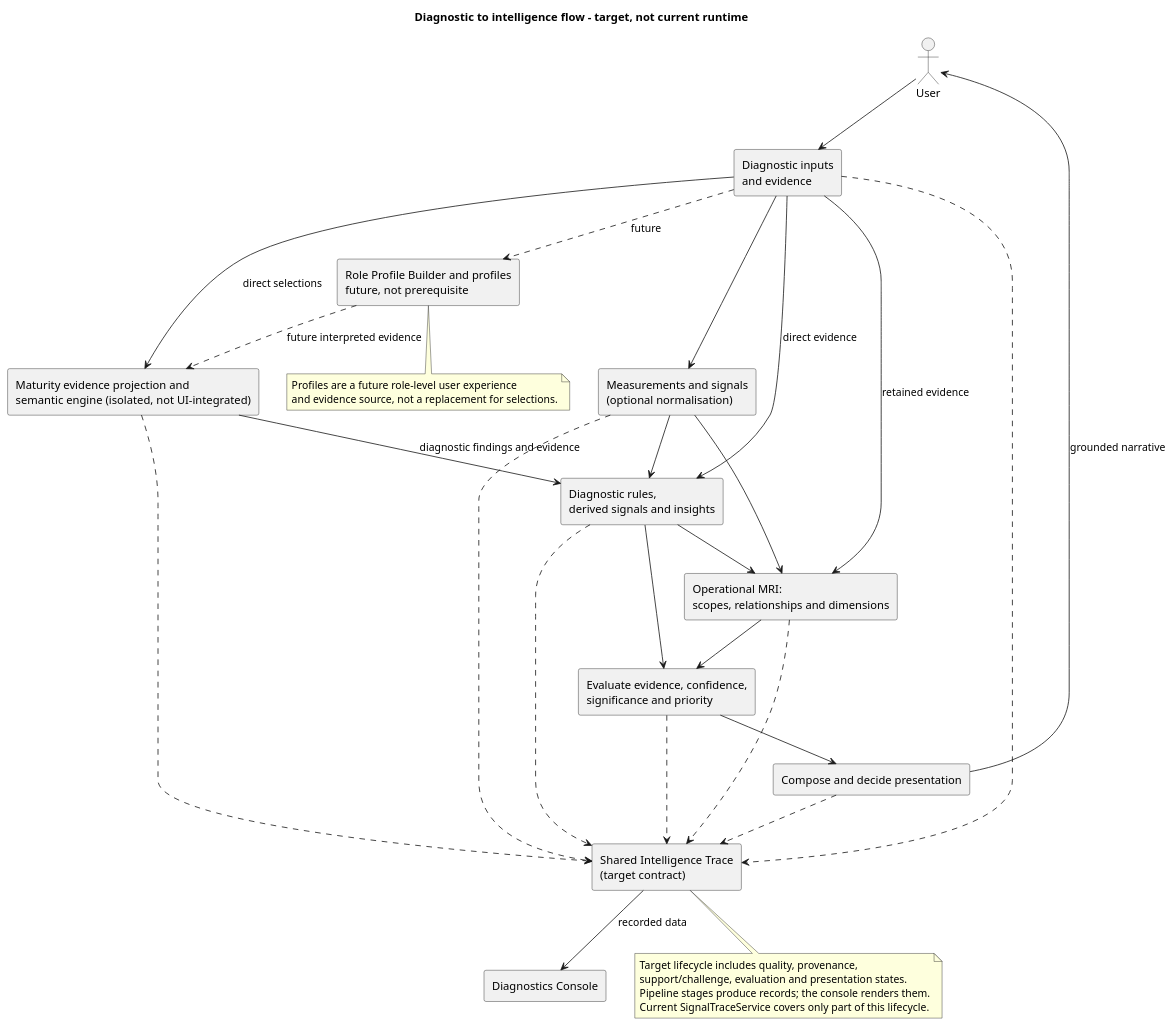
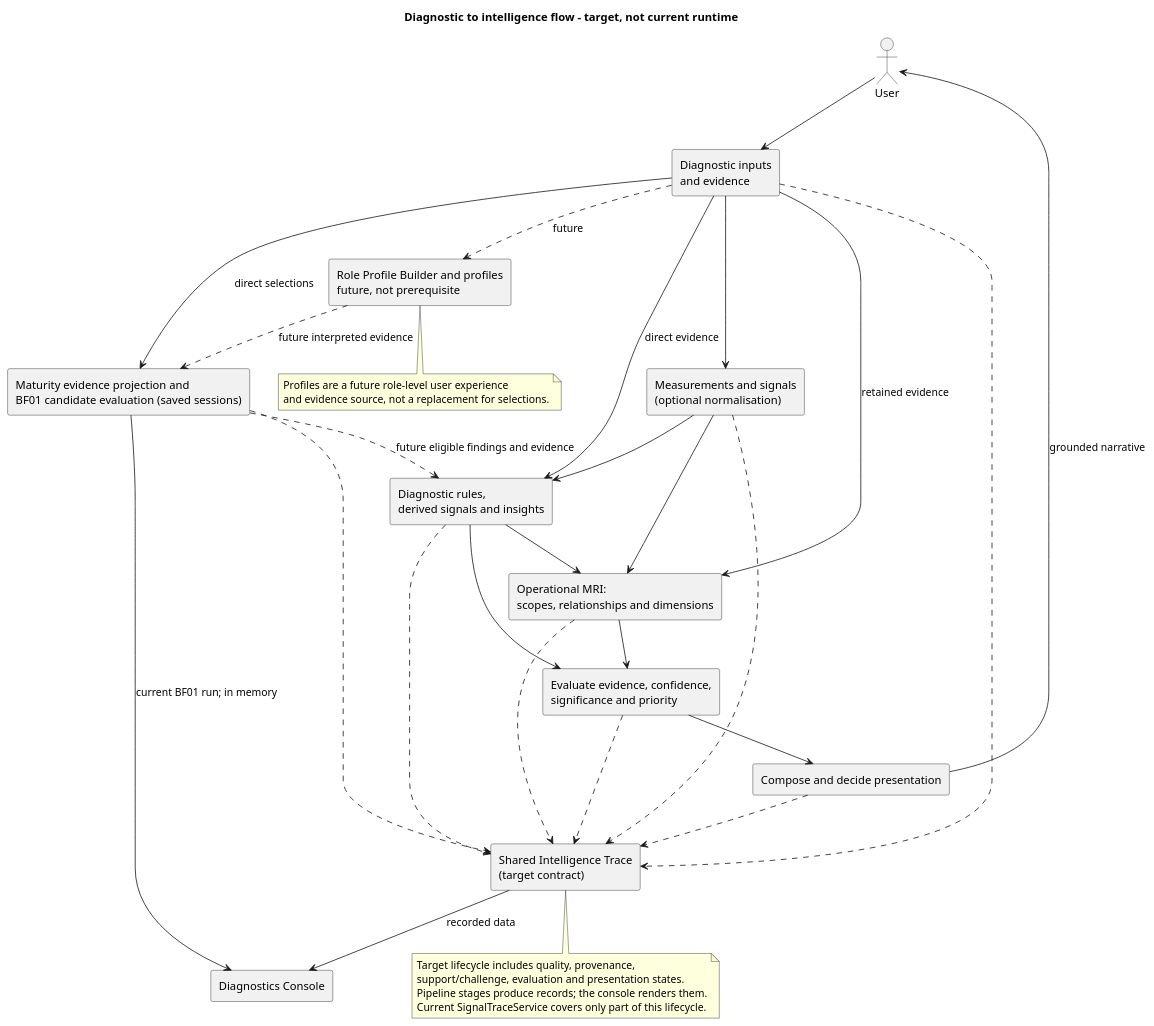
The diagram in OperationalIntelligenceHub/docs/architecture/runtime_pipeline.puml (Dowlingfuau/Empowered-Delivery), drawn with PlantUML before and after one commit. The commit also changed 18 other files, not shown here.

Commit message:
Implemented the approved candidate-only BF01 integration. Saved assessments now produce an in-memory semantic trace in the Diagnostics Console. No diagnostic finding, eligibility policy, or narrative was added; the numeric pipeline remains unchanged.

```diff
--- a/OperationalIntelligenceHub/docs/architecture/runtime_pipeline.puml
+++ b/OperationalIntelligenceHub/docs/architecture/runtime_pipeline.puml
@@ -1,47 +1,48 @@
 @startuml
 title Diagnostic to intelligence flow - target, not current runtime
 actor User
 rectangle "Diagnostic inputs\nand evidence" as input
 rectangle "Measurements and signals\n(optional normalisation)" as signal
 rectangle "Diagnostic rules,\nderived signals and insights" as diagnostic
-rectangle "Maturity evidence projection and\nsemantic engine (isolated, not UI-integrated)" as maturity
+rectangle "Maturity evidence projection and\nBF01 candidate evaluation (saved sessions)" as maturity
 rectangle "Role Profile Builder and profiles\nfuture, not prerequisite" as profiles
 rectangle "Operational MRI:\nscopes, relationships and dimensions" as mri
 rectangle "Evaluate evidence, confidence,\nsignificance and priority" as evaluation
 rectangle "Compose and decide presentation" as output
 rectangle "Shared Intelligence Trace\n(target contract)" as trace
 rectangle "Diagnostics Console" as console
 User --> input
 input --> signal
 input --> diagnostic : direct evidence
 signal --> diagnostic
 input --> maturity : direct selections
 input ..> profiles : future
 profiles ..> maturity : future interpreted evidence
-maturity --> diagnostic : diagnostic findings and evidence
+maturity ..> diagnostic : future eligible findings and evidence
 input --> mri : retained evidence
 signal --> mri
 diagnostic --> mri
 diagnostic --> evaluation
 mri --> evaluation
 evaluation --> output
 output --> User : grounded narrative
 input ..> trace
 signal ..> trace
 maturity ..> trace
+maturity --> console : current BF01 run; in memory
 diagnostic ..> trace
 mri ..> trace
 evaluation ..> trace
 output ..> trace
 trace --> console : recorded data
 note bottom of trace
   Target lifecycle includes quality, provenance,
   support/challenge, evaluation and presentation states.
   Pipeline stages produce records; the console renders them.
   Current SignalTraceService covers only part of this lifecycle.
 end note
 note bottom of profiles
   Profiles are a future role-level user experience
   and evidence source, not a replacement for selections.
 end note
 @enduml
```
